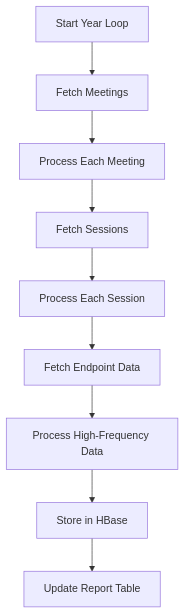
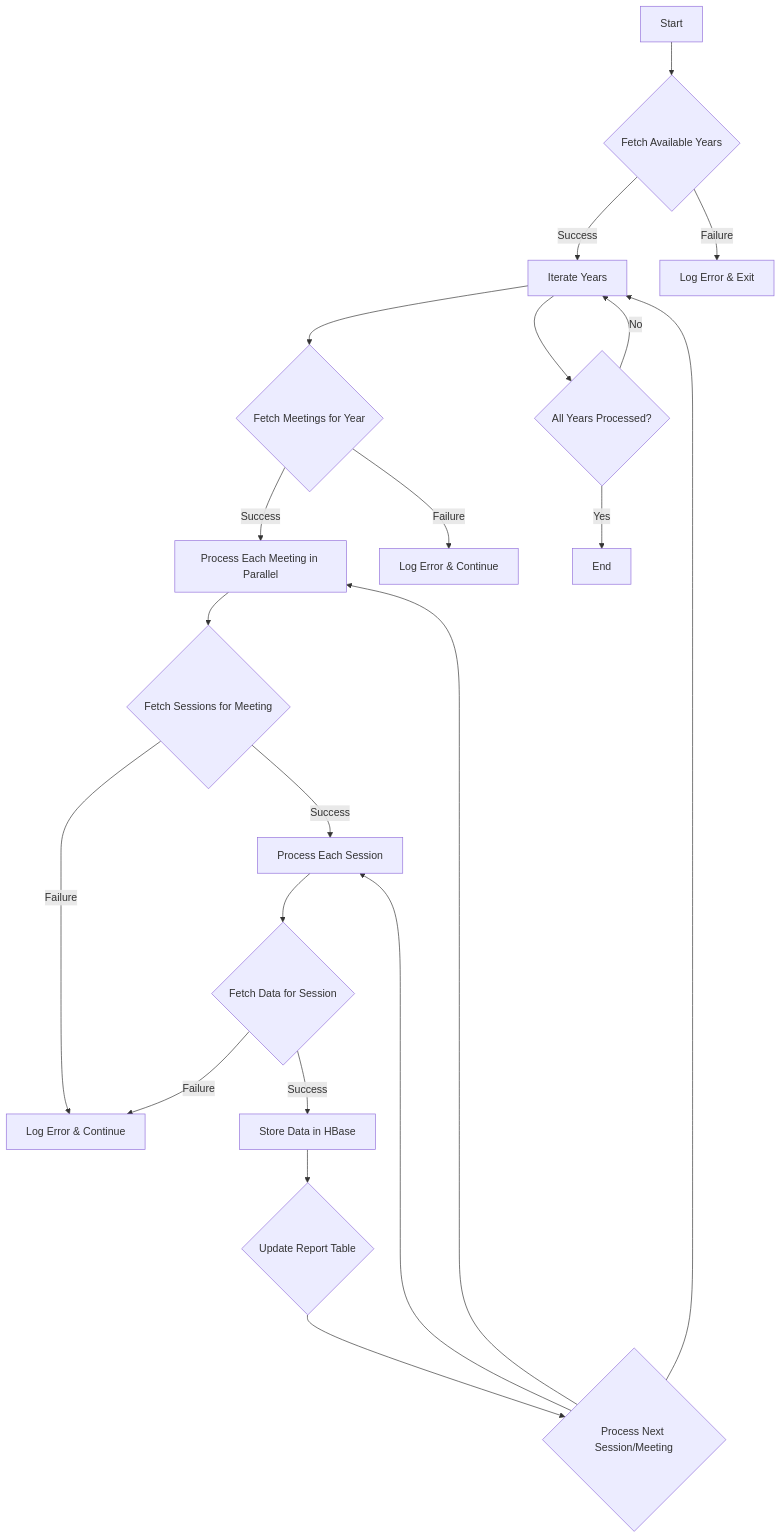
The second of 3 diagrams in docs/openF1_data_population.md (matwi5/ece-bigdata-2024-fall-gr02-Mathis-Clement), drawn with Mermaid before and after one commit. The commit also changed other lines of this file and 10 other files, not shown here.

````diff
--- a/docs/openF1_data_population.md
+++ b/docs/openF1_data_population.md
@@ -192,11 +311,23 @@
-   ```mermaid
-   graph TD
-       A[Start Year Loop] --> B[Fetch Meetings]
-       B --> C[Process Each Meeting]
-       C --> D[Fetch Sessions]
-       D --> E[Process Each Session]
-       E --> F[Fetch Endpoint Data]
-       F --> G[Process High-Frequency Data]
-       G --> H[Store in HBase]
-       H --> I[Update Report Table]
-   ```
+```mermaid
+graph TD
+    A[Start] --> B{Fetch Available Years}
+    B -- Success --> C[Iterate Years]
+    B -- Failure --> K[Log Error & Exit]
+    C --> D{Fetch Meetings for Year}
+    D -- Success --> E[Process Each Meeting in Parallel]
+    D -- Failure --> J[Log Error & Continue]
+    E --> F{Fetch Sessions for Meeting}
+    F -- Success --> G[Process Each Session]
+    F -- Failure --> I[Log Error & Continue]
+    G --> H{Fetch Data for Session}
+    H -- Success --> M[Store Data in HBase]
+    H -- Failure --> I
+    M --> N{Update Report Table}
+    N --> O{Process Next Session/Meeting}
+    O --> G
+    O --> E
+    O --> C
+    C --> P{All Years Processed?}
+    P -- Yes --> Q[End]
+    P -- No --> C
+```
````
